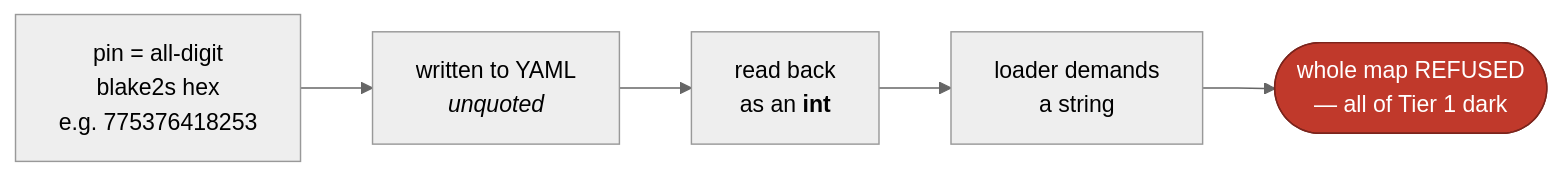
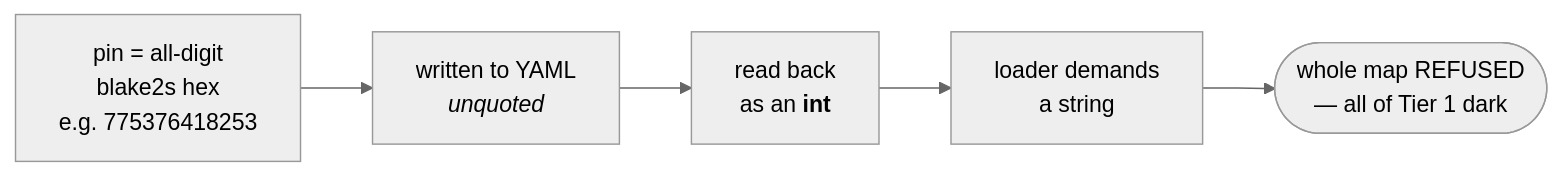
The diagram in docs/concepts/self-hosting.md (clintecker/celebrimbor), drawn with Mermaid (neutral theme) before and after one commit. The commit also changed other lines of this file and 12 other files, not shown here.

First line of the commit message:
docs: fix diagram rendering — drop hardcoded mermaid colors, real table headers

````diff
--- a/docs/concepts/self-hosting.md
+++ b/docs/concepts/self-hosting.md
@@ -47,9 +47,7 @@
 ```mermaid
 flowchart LR
     A["pin = all-digit<br/>blake2s hex<br/>e.g. 775376418253"] --> B["written to YAML<br/><em>unquoted</em>"]
     B --> C["read back<br/>as an <b>int</b>"]
     C --> D["loader demands<br/>a string"]
     D --> E(["whole map REFUSED<br/>— all of Tier 1 dark"])
-    classDef red fill:#c0392b,stroke:#7b241c,color:#fff
-    class E red
 ```
````
